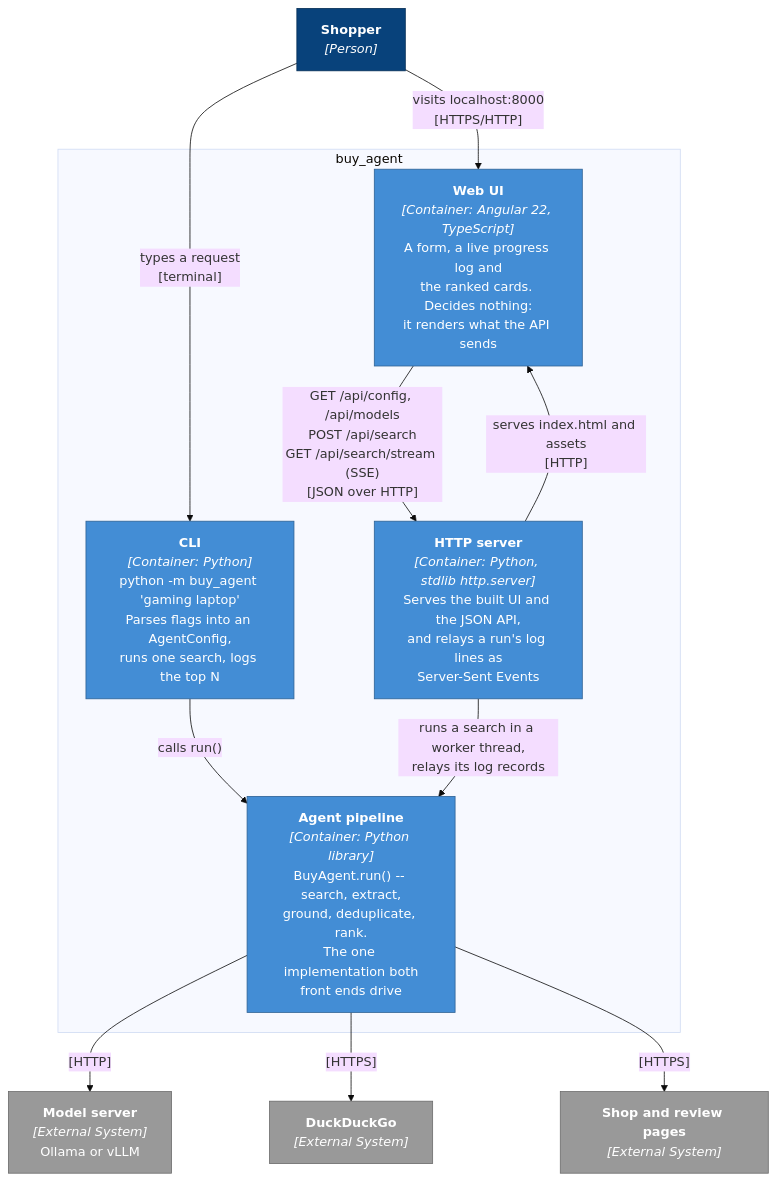
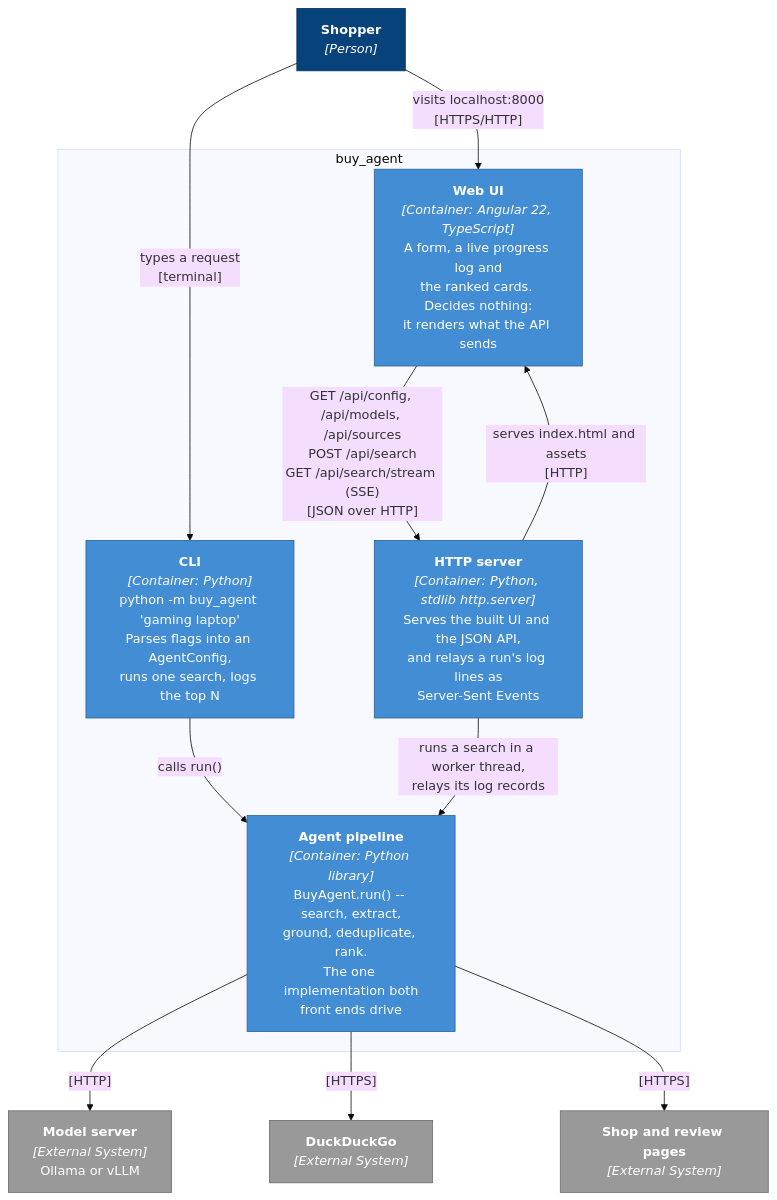
One commit to adamw7/buy_agent changed the second of 5 diagrams in docs/architecture.md. Above: the diagram before and after it, drawn with Mermaid (base theme). The commit also changed other lines of this file and 21 other files, not shown here.

````diff
--- a/docs/architecture.md
+++ b/docs/architecture.md
@@ -56,34 +56,34 @@
 ```mermaid
 graph TB
     shopper["<b>Shopper</b><br/><i>[Person]</i>"]
 
     subgraph system["buy_agent"]
         cli["<b>CLI</b><br/><i>[Container: Python]</i><br/>python -m buy_agent 'gaming laptop'<br/>Parses flags into an AgentConfig,<br/>runs one search, logs the top N"]
         spa["<b>Web UI</b><br/><i>[Container: Angular 22, TypeScript]</i><br/>A form, a live progress log and<br/>the ranked cards. Decides nothing:<br/>it renders what the API sends"]
         server["<b>HTTP server</b><br/><i>[Container: Python, stdlib http.server]</i><br/>Serves the built UI and the JSON API,<br/>and relays a run's log lines as<br/>Server-Sent Events"]
         pipeline["<b>Agent pipeline</b><br/><i>[Container: Python library]</i><br/>BuyAgent.run() -- search, extract,<br/>ground, deduplicate, rank.<br/>The one implementation both<br/>front ends drive"]
     end
 
     ollama["<b>Model server</b><br/><i>[External System]</i><br/>Ollama or vLLM"]
     ddg["<b>DuckDuckGo</b><br/><i>[External System]</i>"]
     shops["<b>Shop and review pages</b><br/><i>[External System]</i>"]
 
     shopper -->|"types a request<br/>[terminal]"| cli
     shopper -->|"visits localhost:8000<br/>[HTTPS/HTTP]"| spa
 
-    spa -->|"GET /api/config, /api/models<br/>POST /api/search<br/>GET /api/search/stream (SSE)<br/>[JSON over HTTP]"| server
+    spa -->|"GET /api/config, /api/models, /api/sources<br/>POST /api/search<br/>GET /api/search/stream (SSE)<br/>[JSON over HTTP]"| server
     server -->|"serves index.html and assets<br/>[HTTP]"| spa
     cli -->|"calls run()"| pipeline
     server -->|"runs a search in a worker thread,<br/>relays its log records"| pipeline
 
     pipeline -->|"[HTTP]"| ollama
     pipeline -->|"[HTTPS]"| ddg
     pipeline -->|"[HTTPS]"| shops
 
     classDef person fill:#08427b,stroke:#052e56,color:#fff
     classDef container fill:#438dd5,stroke:#2e6295,color:#fff
     classDef external fill:#999,stroke:#6b6b6b,color:#fff
     class shopper person
     class cli,spa,server,pipeline container
     class ollama,ddg,shops external
 ```
````
